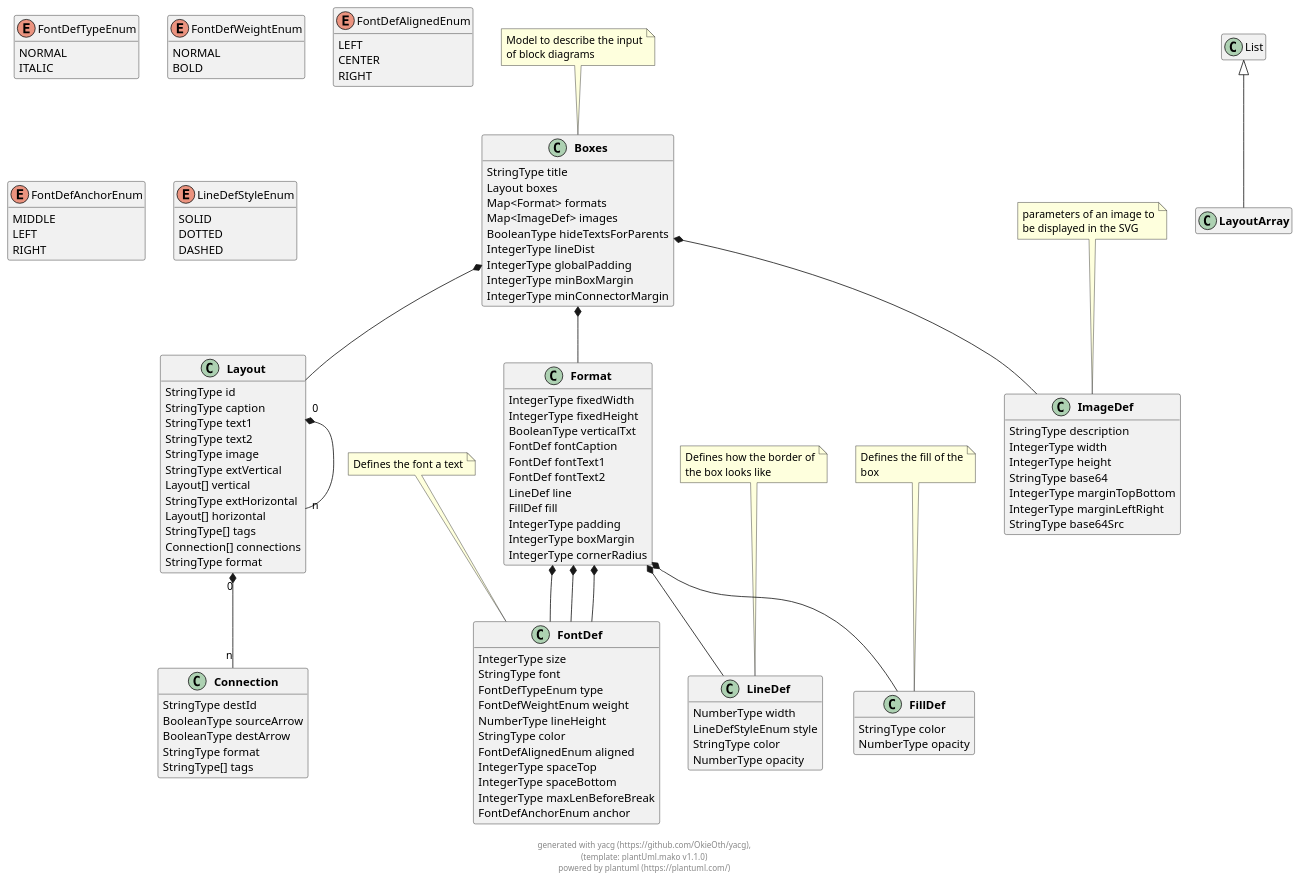
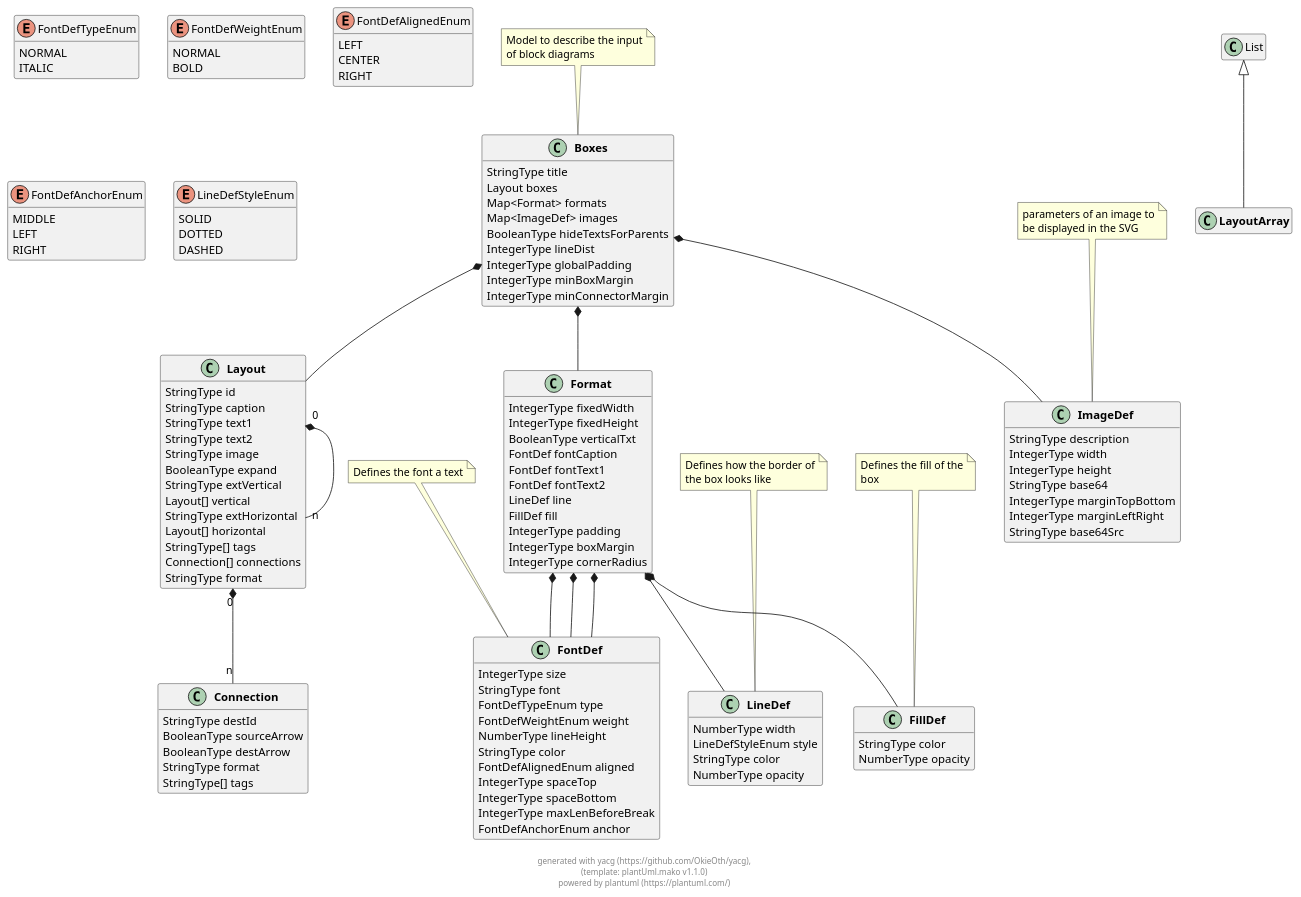
Before and after one commit to OkieOth/draw.chart.things: the diagram in docs/models/puml/boxes.puml, drawn with PlantUML. The commit also changed 12 other files, not shown here.

```diff
--- a/docs/models/puml/boxes.puml
+++ b/docs/models/puml/boxes.puml
@@ -25,6 +25,7 @@
         StringType text1
         StringType text2
         StringType image
+        BooleanType expand
         StringType extVertical
         Layout[] vertical
         StringType extHorizontal
@@ -164,6 +165,7 @@
 
 
 
+
 Layout "0" *-- "n" Layout
 
 
```
